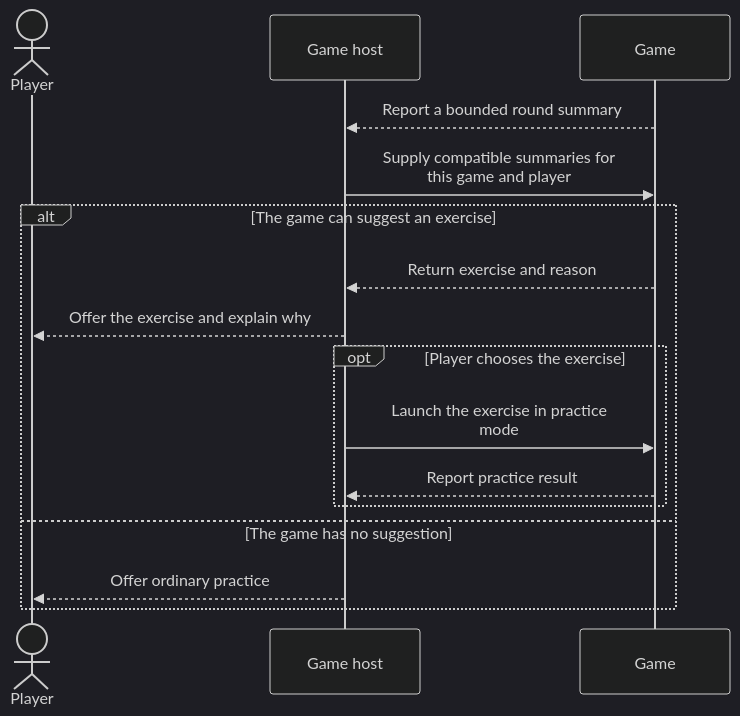
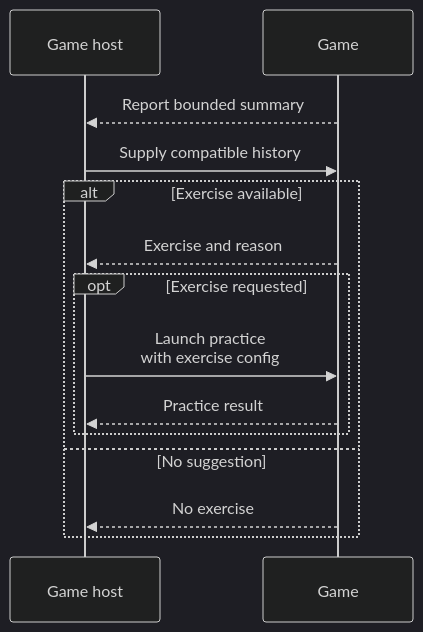
One commit to CSE210-Team-7-11/RanKing changed the fourth of 4 diagrams in docs/architecture/game-library.md. Above: the diagram before and after it, drawn with Mermaid (dark theme). The commit also changed other lines of this file and 2 other files, not shown here.

Commit message:
Improved system structure diagrams

````diff
--- a/docs/architecture/game-library.md
+++ b/docs/architecture/game-library.md
@@ -117,18 +108,16 @@
 ```mermaid
 sequenceDiagram
-    actor Player
     participant Host as Game host
     participant Game as Game
-    Game-->>Host: Report a bounded round summary
-    Host->>Game: Supply compatible summaries for<br/>this game and player
-    alt The game can suggest an exercise
-        Game-->>Host: Return exercise and reason
-        Host-->>Player: Offer the exercise and explain why
-        opt Player chooses the exercise
-            Host->>Game: Launch the exercise in practice<br/>mode
-            Game-->>Host: Report practice result
+    Game-->>Host: Report bounded summary
+    Host->>Game: Supply compatible history
+    alt Exercise available
+        Game-->>Host: Exercise and reason
+        opt Exercise requested
+            Host->>Game: Launch practice<br/>with exercise config
+            Game-->>Host: Practice result
         end
-    else The game has no suggestion
-        Host-->>Player: Offer ordinary practice
+    else No suggestion
+        Game-->>Host: No exercise
     end
 ```
````
